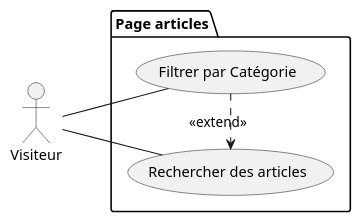
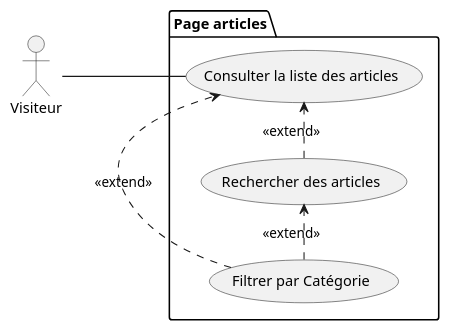
The diagram in fonctionnalités/diagramme-uc.puml (BENYEKHLEF-Anouar/blog-personal-repository), drawn with PlantUML before and after one commit. The commit also changed 3 other files, not shown here.

Commit message:
docs: Add Mermaid class diagram and its image for blog entities and their relationships.

```diff
--- a/fonctionnalités/diagramme-uc.puml
+++ b/fonctionnalités/diagramme-uc.puml
@@ -1,13 +1,21 @@
 @startuml
 left to right direction
+
 actor "Visiteur" as Guest
+
 package "Page articles" {
-usecase "Rechercher des articles" as UC_Search
-usecase "Filtrer par Catégorie" as UC_Filter
+
+  usecase "Consulter la liste des articles" as UC_List
+  usecase "Rechercher des articles" as UC_Search
+  usecase "Filtrer par Catégorie" as UC_Filter
 }
-' Relations
-Guest -- UC_Search
-Guest -- UC_Filter
+
+' Relations with actor
+Guest -- UC_List
+
 ' Extensions
+UC_Search .> UC_List : <<extend>>
+UC_Filter .> UC_List : <<extend>>
 UC_Filter .> UC_Search : <<extend>>
+
 @enduml
```
